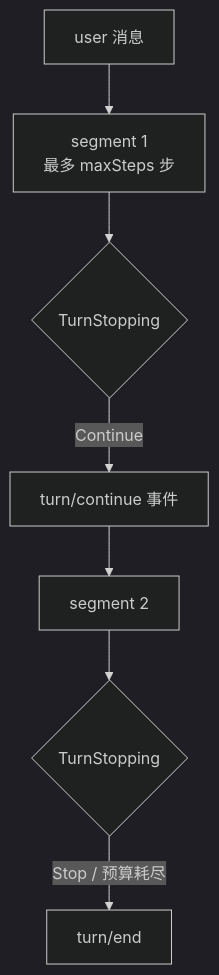
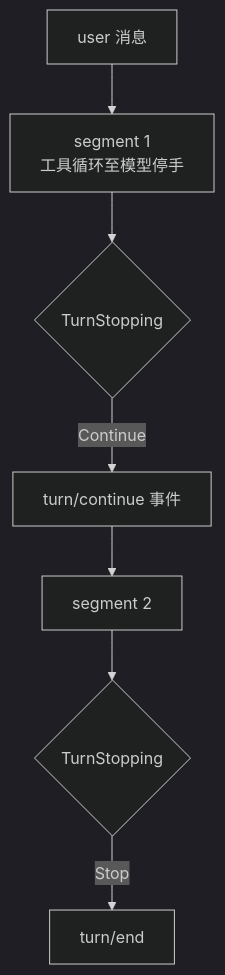
The diagram in docs/guides/autonomous-run.zh.md (lengzhao/agentkit), drawn with Mermaid (dark theme) before and after one commit. The commit also changed other lines of this file and 70 other files, not shown here.

````diff
--- a/docs/guides/autonomous-run.zh.md
+++ b/docs/guides/autonomous-run.zh.md
@@ -11,8 +13,8 @@
 ```mermaid
 flowchart TD
-  U["user 消息"] --> S1["segment 1<br/>最多 maxSteps 步"]
+  U["user 消息"] --> S1["segment 1<br/>工具循环至模型停手"]
   S1 --> TS1{"TurnStopping"}
   TS1 -->|"Continue"| C1["turn/continue 事件"] --> S2["segment 2"]
   S2 --> TS2{"TurnStopping"}
-  TS2 -->|"Stop / 预算耗尽"| E["turn/end"]
+  TS2 -->|"Stop"| E["turn/end"]
 ```
````
